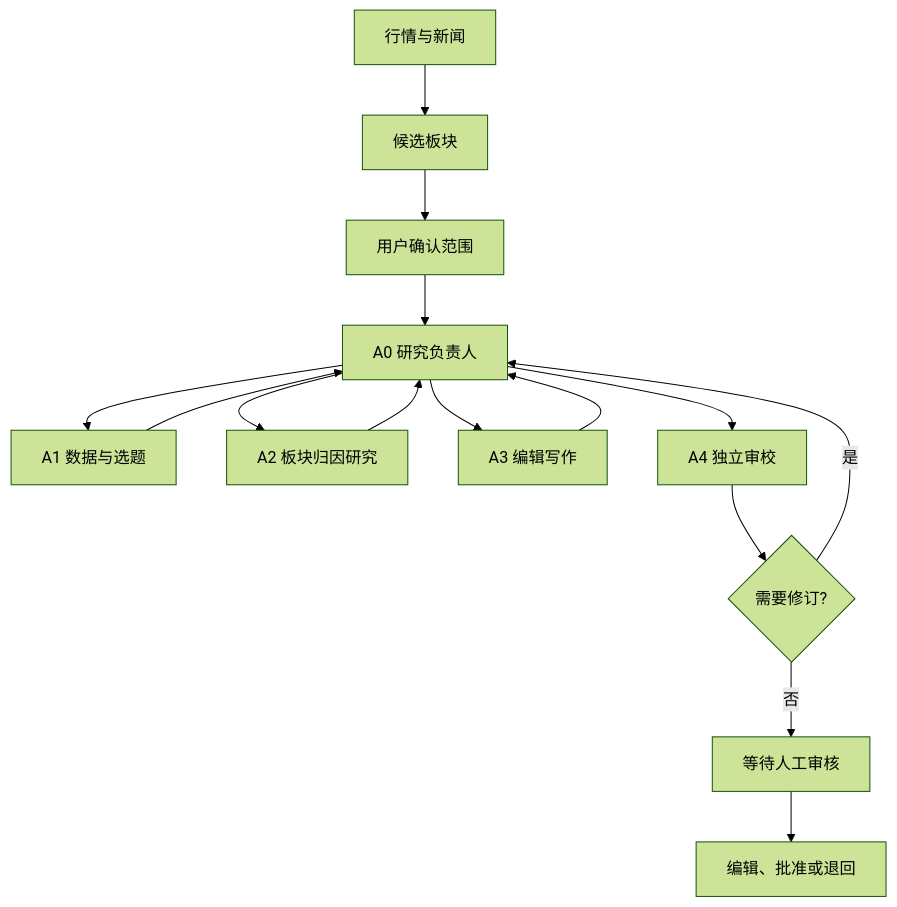
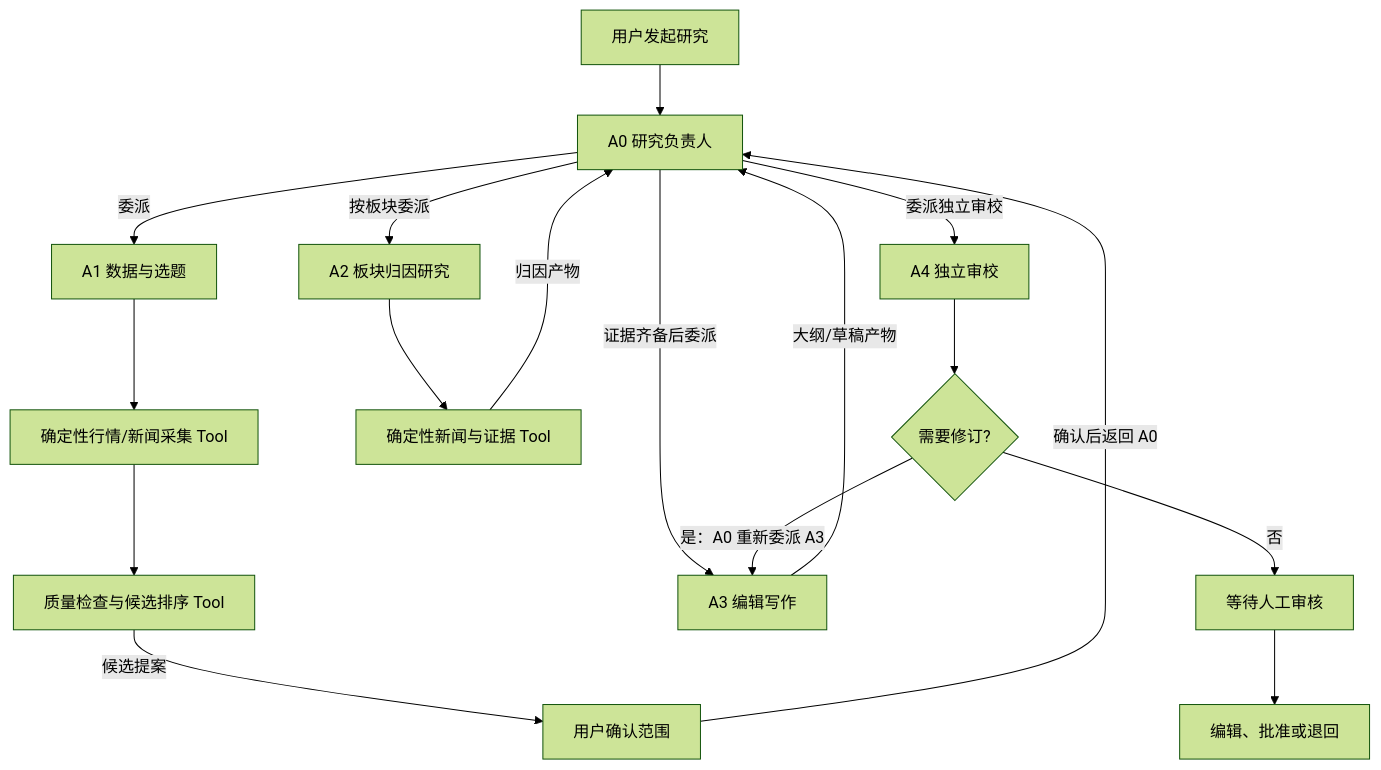
One commit to zrhm666/SectorPulse changed the diagram in README.md. Above: the diagram before and after it, drawn with Mermaid (forest theme). The commit also changed other lines of this file, not shown here.

Commit message:
docs: document pluggable providers

````diff
--- a/README.md
+++ b/README.md
@@ -42,17 +42,19 @@
 ```mermaid
 flowchart TD
-    A[行情与新闻] --> B[候选板块]
-    B --> C[用户确认范围]
-    C --> D[A0 研究负责人]
-    D --> E[A1 数据与选题]
-    D --> F[A2 板块归因研究]
-    D --> G[A3 编辑写作]
-    D --> H[A4 独立审校]
-    E --> D
-    F --> D
-    G --> D
-    H --> I{需要修订?}
-    I -->|是| D
-    I -->|否| J[等待人工审核]
-    J --> K[编辑、批准或退回]
+    A[用户发起研究] --> B[A0 研究负责人]
+    B -->|委派| C[A1 数据与选题]
+    C --> C1[确定性行情/新闻采集 Tool]
+    C1 --> C2[质量检查与候选排序 Tool]
+    C2 -->|候选提案| D[用户确认范围]
+    D -->|确认后返回 A0| B
+    B -->|按板块委派| E[A2 板块归因研究]
+    E --> E1[确定性新闻与证据 Tool]
+    E1 -->|归因产物| B
+    B -->|证据齐备后委派| F[A3 编辑写作]
+    F -->|大纲/草稿产物| B
+    B -->|委派独立审校| G[A4 独立审校]
+    G --> H{需要修订?}
+    H -->|是：A0 重新委派 A3| F
+    H -->|否| I[等待人工审核]
+    I --> J[编辑、批准或退回]
 ```
````
